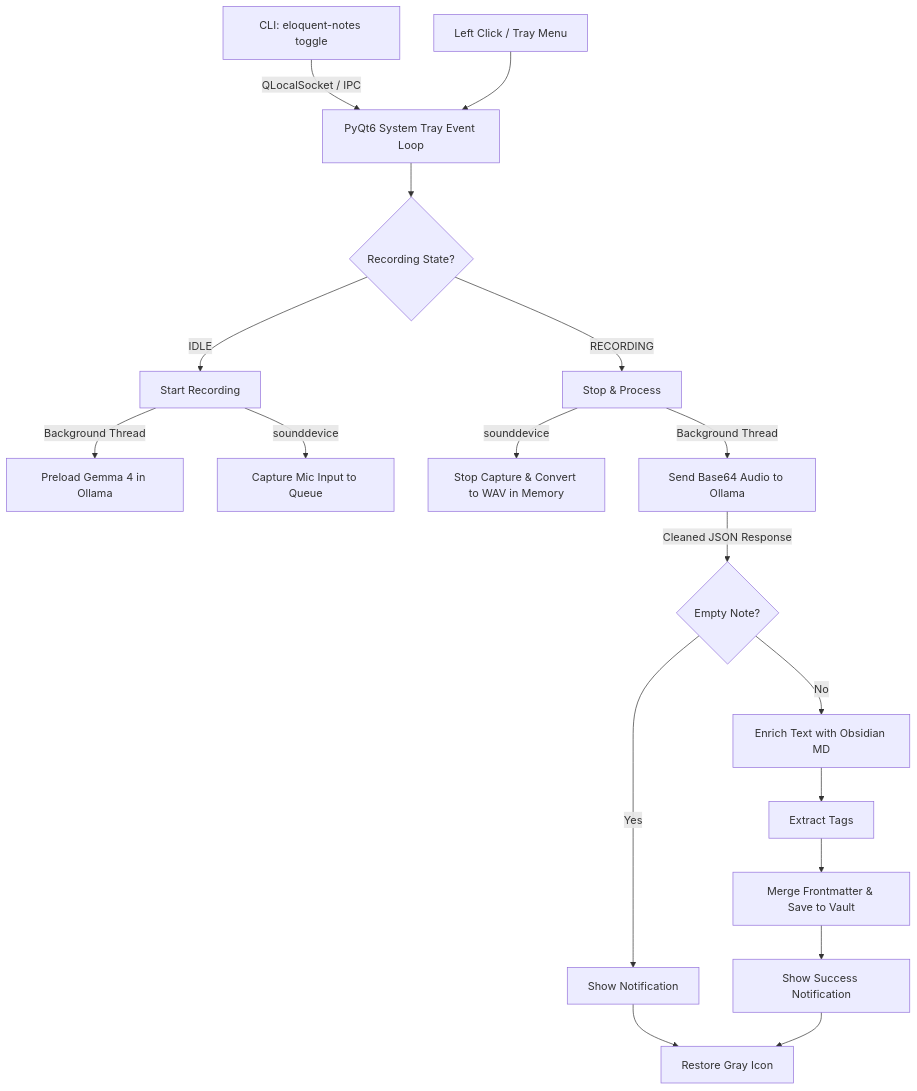
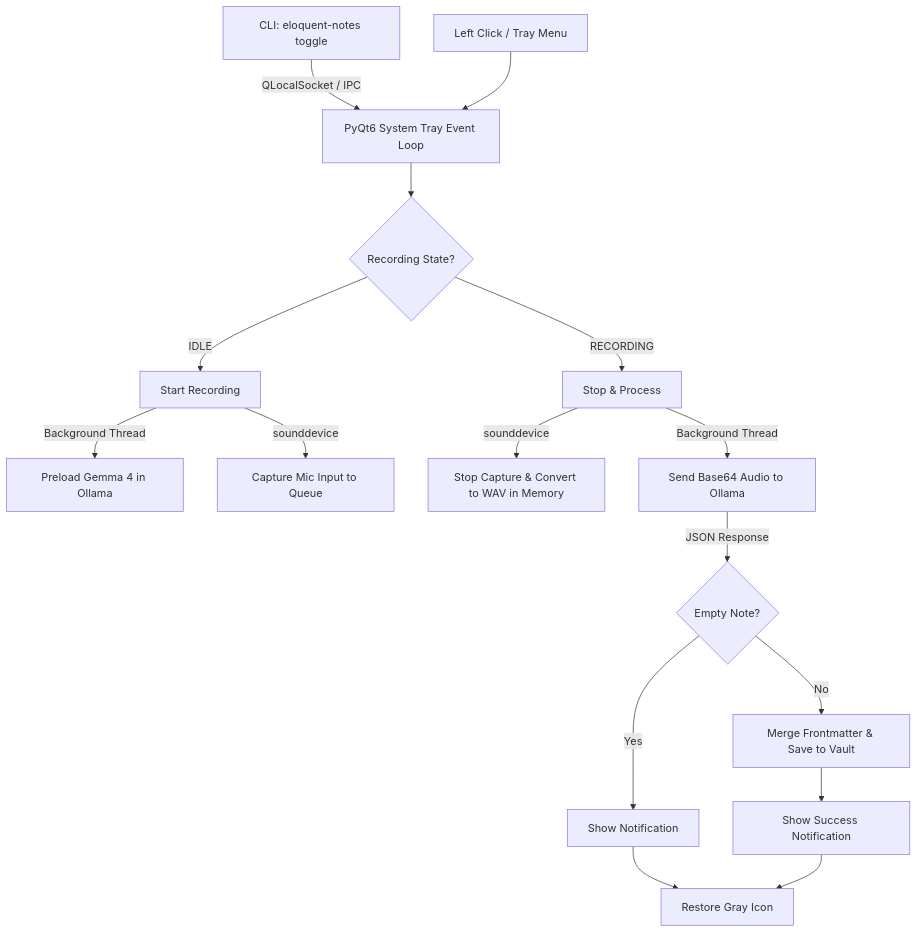
The diagram in README.md (arrase/eloquent-notes), drawn with Mermaid before and after one commit. The commit also changed other lines of this file, not shown here.

````diff
--- a/README.md
+++ b/README.md
@@ -201,24 +190,22 @@
 ```mermaid
 graph TD
     CLI[CLI: eloquent-notes toggle] -->|QLocalSocket / IPC| A[PyQt6 System Tray Event Loop]
     Tray[Left Click / Tray Menu] --> A
     A --> B{Recording State?}
     B -->|IDLE| C[Start Recording]
     B -->|RECORDING| D[Stop & Process]
     
     C -->|Background Thread| E[Preload Gemma 4 in Ollama]
     C -->|sounddevice| F[Capture Mic Input to Queue]
     
     D -->|sounddevice| G[Stop Capture & Convert to WAV in Memory]
     D -->|Background Thread| H[Send Base64 Audio to Ollama]
     
-    H -->|Cleaned JSON Response| I{Empty Note?}
-    I -->|No| J[Enrich Text with Obsidian MD]
-    J --> N[Extract Tags]
-    N --> O[Merge Frontmatter & Save to Vault]
+    H -->|JSON Response| I{Empty Note?}
+    I -->|No| O[Merge Frontmatter & Save to Vault]
     I -->|Yes| K[Show Notification]
     
     O --> L[Show Success Notification]
     K --> M[Restore Gray Icon]
     L --> M
 ```
````
